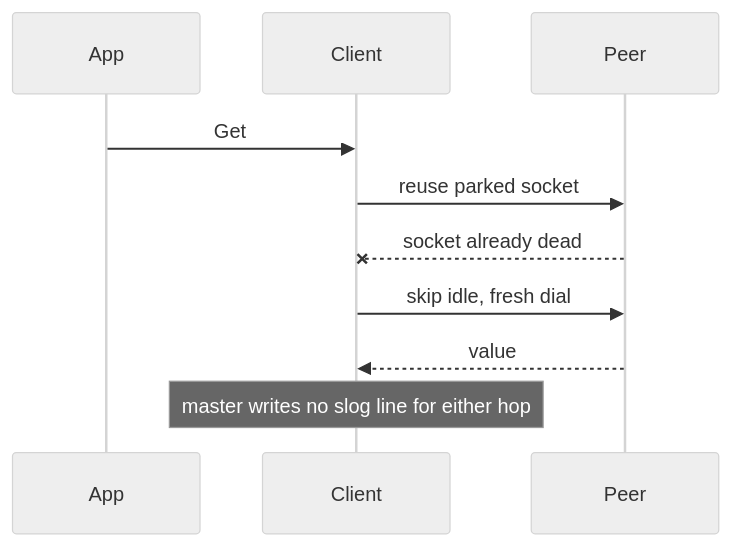
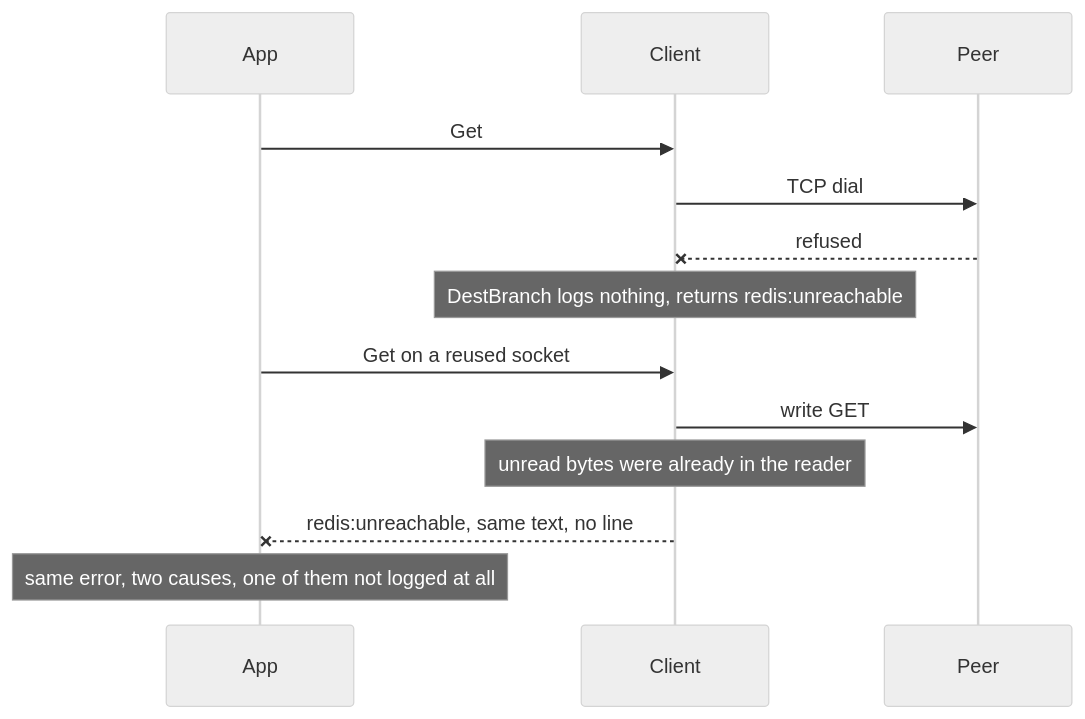
One commit to david-garcia-garcia/traefik-middleware-utilities changed the diagram in devstate/2026/09/2026-09-13-simpleredis-structured-logging/card.md. Above: the diagram before and after it, drawn with Mermaid (neutral theme). The commit also changed other lines of this file and 1 other file, not shown here.

Commit message:
docs: refresh the slog delivery card for the site-logging redesign

````diff
--- a/devstate/2026/09/2026-09-13-simpleredis-structured-logging/card.md
+++ b/devstate/2026/09/2026-09-13-simpleredis-structured-logging/card.md
@@ -19,12 +19,15 @@
 ```mermaid
 sequenceDiagram
     participant App
     participant Client
     participant Peer
     App->>Client: Get
-    Client->>Peer: reuse parked socket
-    Peer--x Client: socket already dead
-    Client->>Peer: skip idle, fresh dial
-    Peer-->>Client: value
-    Note over Client: master writes no slog line for either hop
+    Client->>Peer: TCP dial
+    Peer--x Client: refused
+    Note over Client: DestBranch logs nothing, returns redis:unreachable
+    App->>Client: Get on a reused socket
+    Client->>Peer: write GET
+    Note over Client: unread bytes were already in the reader
+    Client--x App: redis:unreachable, same text, no line
+    Note over App: same error, two causes, one of them not logged at all
 ```
````
